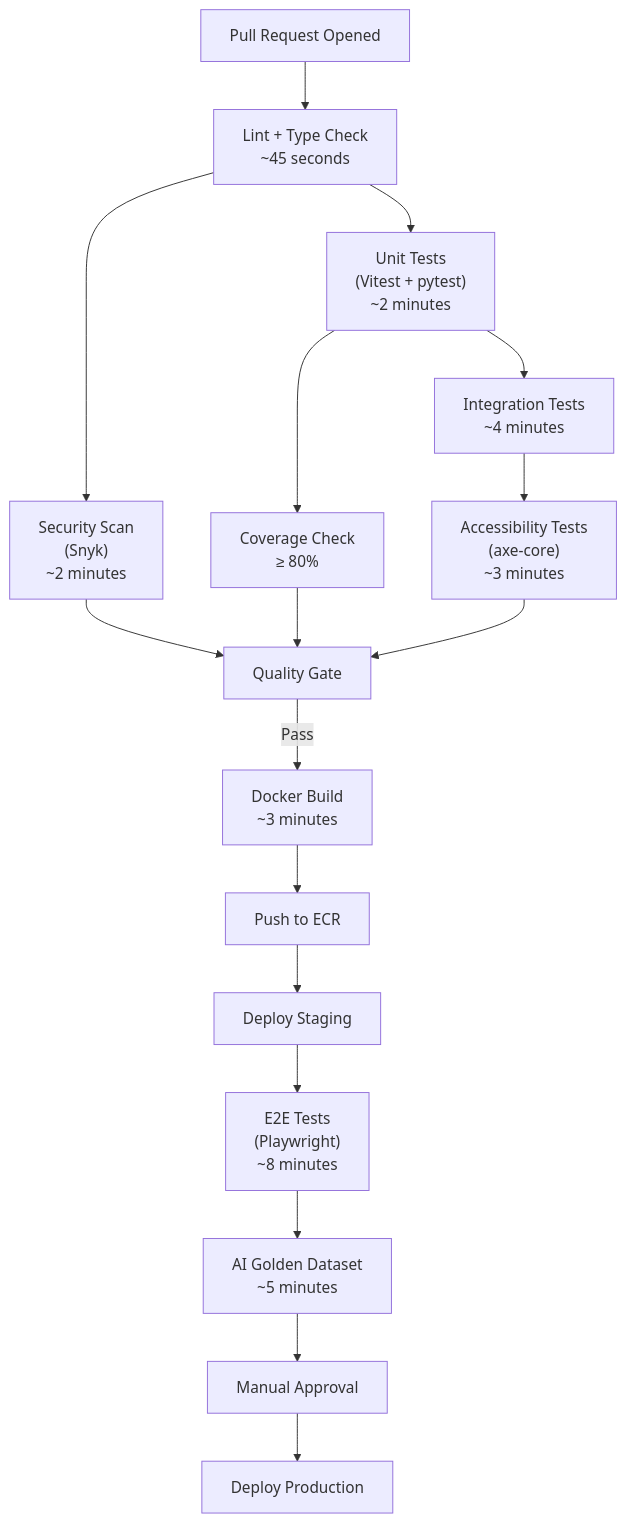
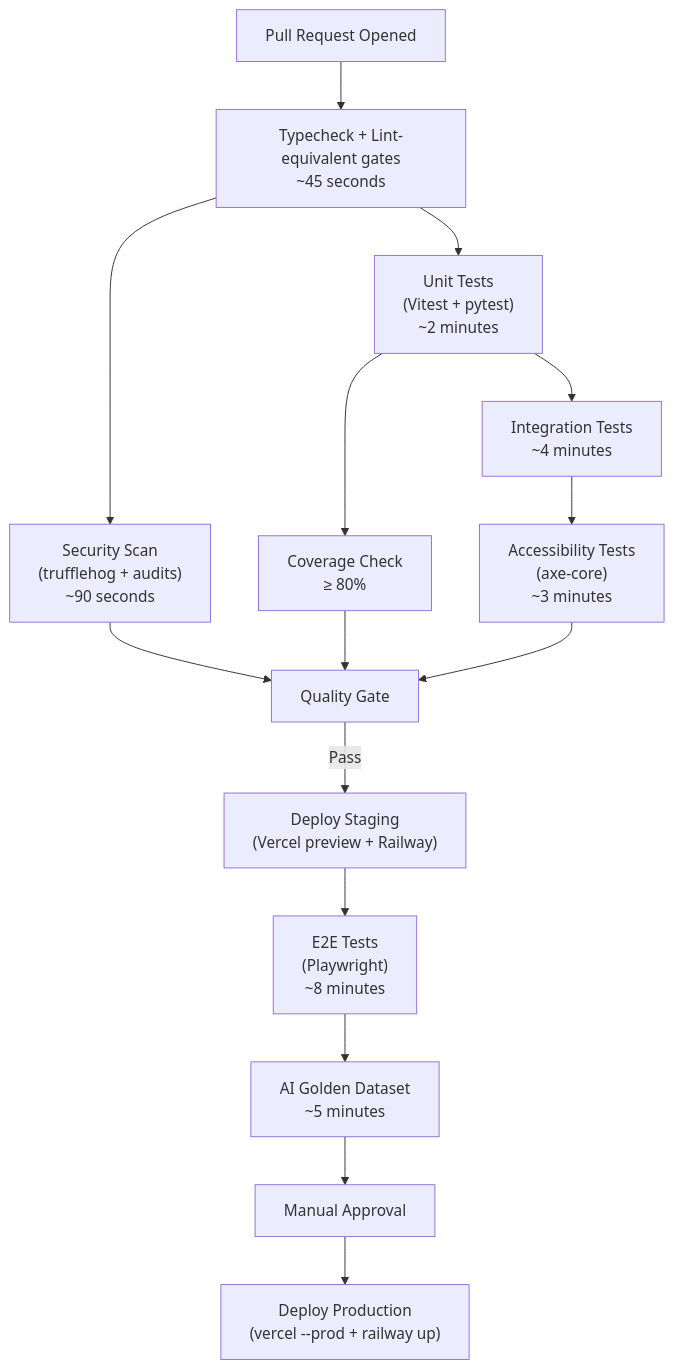
The third of 3 diagrams in 04-engineering-standards/19-testing-strategy.md (Faithmanex/citepilot), drawn with Mermaid before and after one commit. The commit also changed other lines of this file and 32 other files, not shown here.

Commit message:
docs(truthfulness): align architecture, security, legal, and ops docs with live MVP stack

````diff
--- a/04-engineering-standards/19-testing-strategy.md
+++ b/04-engineering-standards/19-testing-strategy.md
@@ -925,19 +833,17 @@
 ```mermaid
 graph TD
-    PR["Pull Request Opened"] --> LINT["Lint + Type Check<br/>~45 seconds"]
-    LINT --> UNIT["Unit Tests<br/>(Vitest + pytest)<br/>~2 minutes"]
-    LINT --> SEC["Security Scan<br/>(Snyk)<br/>~2 minutes"]
+    PR["Pull Request Opened"] --> TC["Typecheck + Lint-equivalent gates<br/>~45 seconds"]
+    TC --> UNIT["Unit Tests<br/>(Vitest + pytest)<br/>~2 minutes"]
+    TC --> SEC["Security Scan<br/>(trufflehog + audits)<br/>~90 seconds"]
     UNIT --> COV["Coverage Check<br/>≥ 80%"]
     UNIT --> INT["Integration Tests<br/>~4 minutes"]
     INT --> A11Y["Accessibility Tests<br/>(axe-core)<br/>~3 minutes"]
     SEC --> GATE["Quality Gate"]
     COV --> GATE
     A11Y --> GATE
-    GATE -->|Pass| BUILD["Docker Build<br/>~3 minutes"]
-    BUILD --> PUSH["Push to ECR"]
-    PUSH --> STAGING["Deploy Staging"]
+    GATE -->|Pass| STAGING["Deploy Staging<br/>(Vercel preview + Railway)"]
     STAGING --> E2E["E2E Tests<br/>(Playwright)<br/>~8 minutes"]
     E2E --> AI_TEST["AI Golden Dataset<br/>~5 minutes"]
     AI_TEST --> APPROVAL["Manual Approval"]
-    APPROVAL --> PROD["Deploy Production"]
+    APPROVAL --> PROD["Deploy Production<br/>(vercel --prod + railway up)"]
 ```
````
